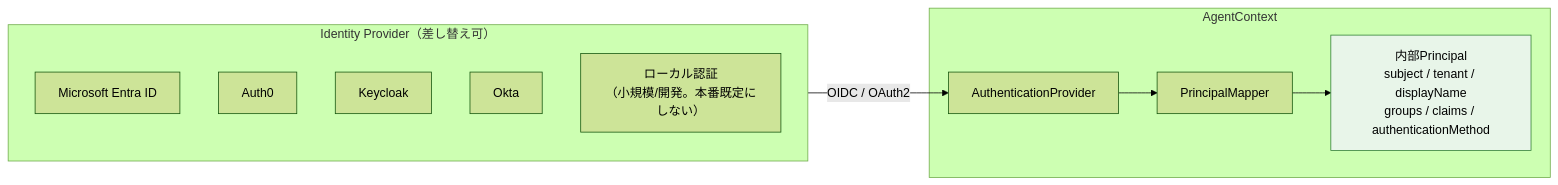
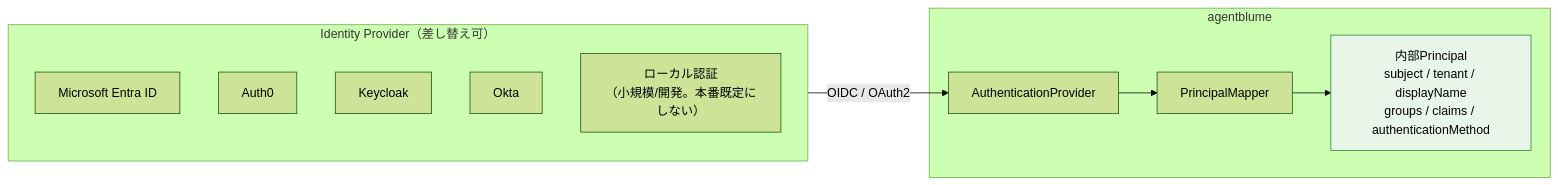
One commit to yy7613/agentblume changed the first of 7 diagrams in docs/08-security-auth.md. Above: the diagram before and after it, drawn with Mermaid (forest theme). The commit also changed 8 other files, not shown here.

````diff
--- a/docs/08-security-auth.md
+++ b/docs/08-security-auth.md
@@ -28,22 +28,22 @@
 ```mermaid
 flowchart LR
-  subgraph App["AgentContext"]
+  subgraph App["agentblume"]
     AN["AuthenticationProvider"]
     PM["PrincipalMapper"]
     PR["内部Principal<br/>subject / tenant / displayName<br/>groups / claims / authenticationMethod"]
   end
 
   subgraph IdP["Identity Provider（差し替え可）"]
     ENTRA["Microsoft Entra ID"]
     AUTH0["Auth0"]
     KC["Keycloak"]
     OKTA["Okta"]
     LOCAL["ローカル認証<br/>（小規模/開発。本番既定にしない）"]
   end
 
   IdP -->|OIDC / OAuth2| AN
   AN --> PM --> PR
 
   classDef pr fill:#e8f5e9,stroke:#2e7d32;
   class PR pr;
 ```
````
